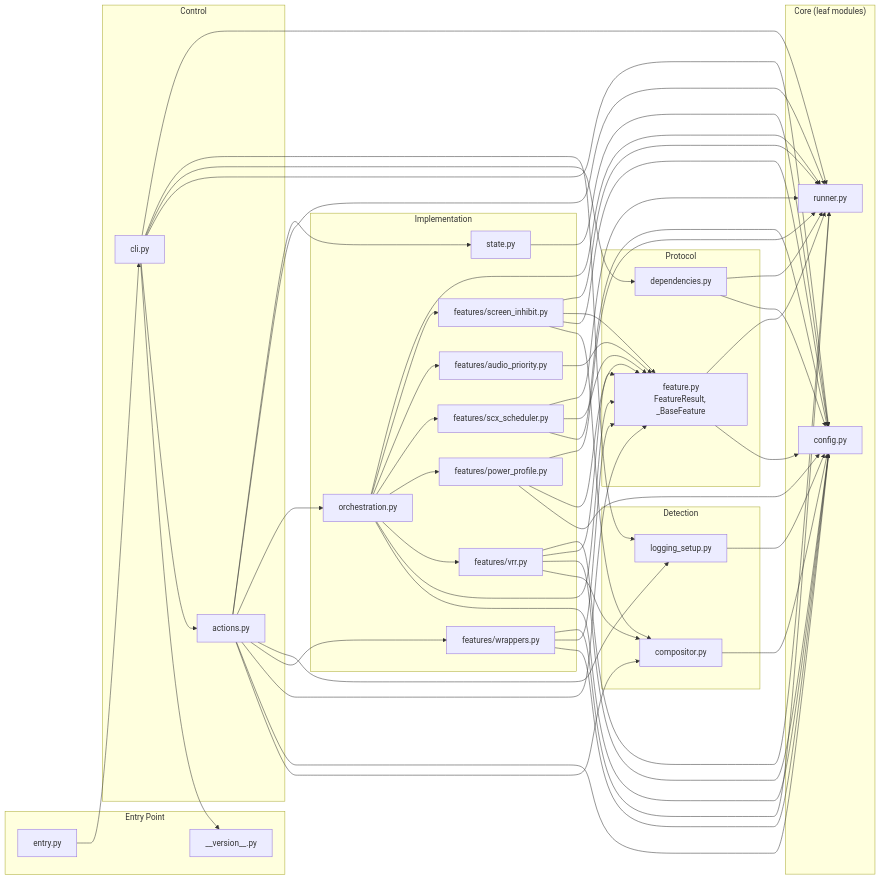
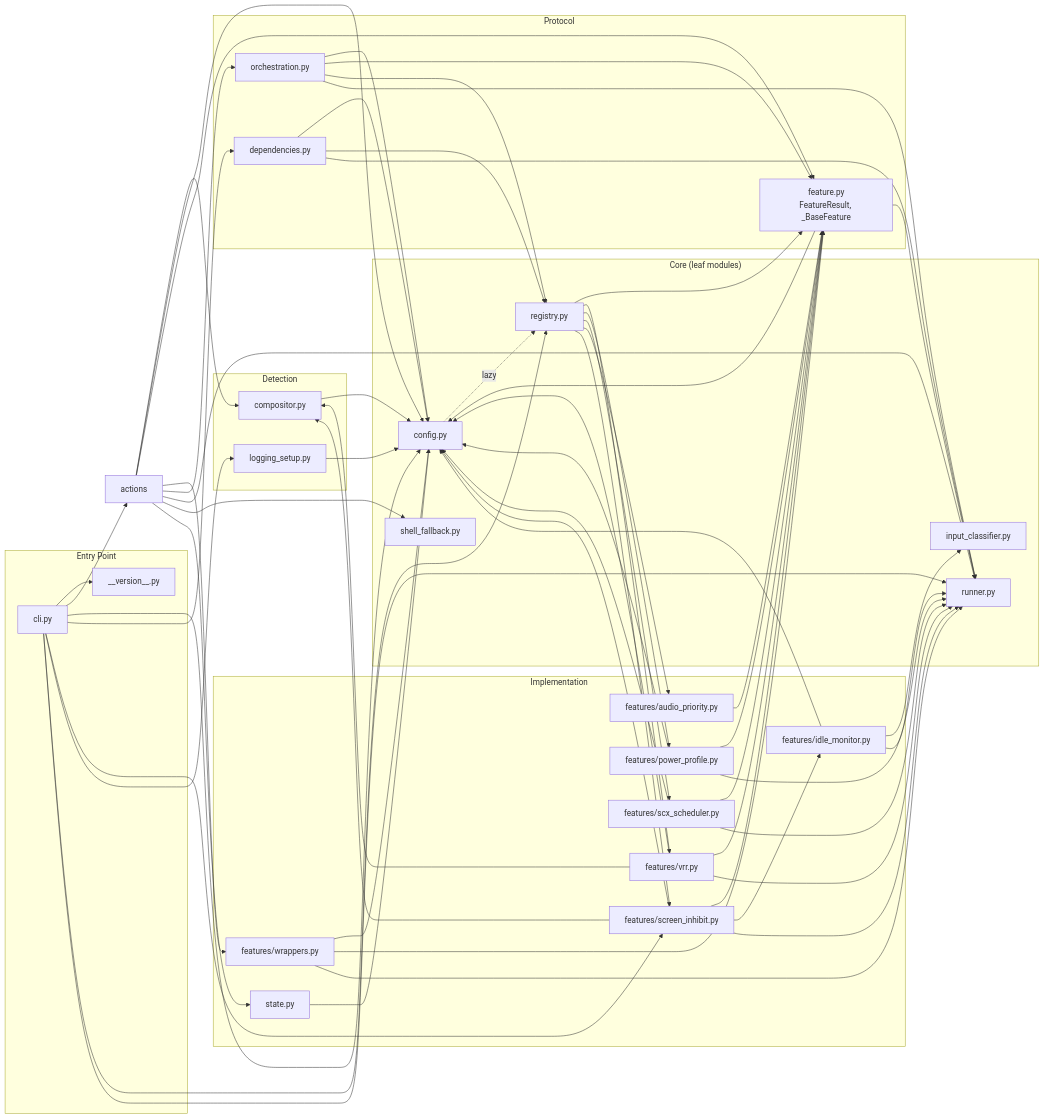
Before and after one commit to WombatFromHell/beryl-gamemode: the first of 6 diagrams in DESIGN.md, drawn with Mermaid. The commit also changed other lines of this file and 28 other files, not shown here.

````diff
--- a/DESIGN.md
+++ b/DESIGN.md
@@ -14,13 +14,16 @@
 ```mermaid
 graph LR
     subgraph entry["Entry Point"]
-        entry_py[entry.py]
         version[__version__.py]
+        cli[cli.py]
     end
 
     subgraph core["Core (leaf modules)"]
         config[config.py]
         runner[runner.py]
+        registry[registry.py]
+        shell_fallback[shell_fallback.py]
+        input_classifier[input_classifier.py]
     end
 
     subgraph detection["Detection"]
@@ -31,6 +34,7 @@
     subgraph protocol["Protocol"]
         feature[feature.py<br/>FeatureResult, _BaseFeature]
         dependencies[dependencies.py]
+        orchestration[orchestration.py]
     end
 
     subgraph implementation["Implementation"]
@@ -39,35 +43,33 @@
         features_scx[features/scx_scheduler.py]
         features_audio[features/audio_priority.py]
         features_inhibit[features/screen_inhibit.py]
+        features_idle[features/idle_monitor.py]
         features_wrappers[features/wrappers.py]
         state[state.py]
-        orchestration[orchestration.py]
     end
 
-    subgraph control["Control"]
-        actions[actions.py]
-        cli[cli.py]
-    end
-
-    entry_py --> cli
     cli --> version
     cli --> actions
     cli --> config
     cli --> dependencies
+    cli --> features_inhibit
     cli --> logging_setup
+    cli --> registry
     cli --> runner
 
     actions --> compositor
     actions --> config
     actions --> feature
     actions --> features_wrappers
-    actions --> logging_setup
     actions --> orchestration
     actions --> runner
+    actions --> shell_fallback
     actions --> state
 
     compositor --> config
+    config -. lazy .-> registry
     dependencies --> config
+    dependencies --> registry
     dependencies --> runner
     feature --> config
     feature --> runner
@@ -85,18 +87,24 @@
     features_inhibit --> compositor
     features_inhibit --> config
     features_inhibit --> feature
+    features_inhibit --> features_idle
     features_inhibit --> runner
+    features_idle --> config
+    features_idle --> input_classifier
+    features_idle --> runner
     features_wrappers --> config
     features_wrappers --> feature
     features_wrappers --> runner
     logging_setup --> config
     orchestration --> config
     orchestration --> feature
-    orchestration --> features_vrr
-    orchestration --> features_pp
-    orchestration --> features_scx
-    orchestration --> features_audio
-    orchestration --> features_inhibit
+    orchestration --> registry
     orchestration --> runner
+    registry --> feature
+    registry --> features_vrr
+    registry --> features_pp
+    registry --> features_scx
+    registry --> features_audio
+    registry --> features_inhibit
     state --> config
 ```
````
